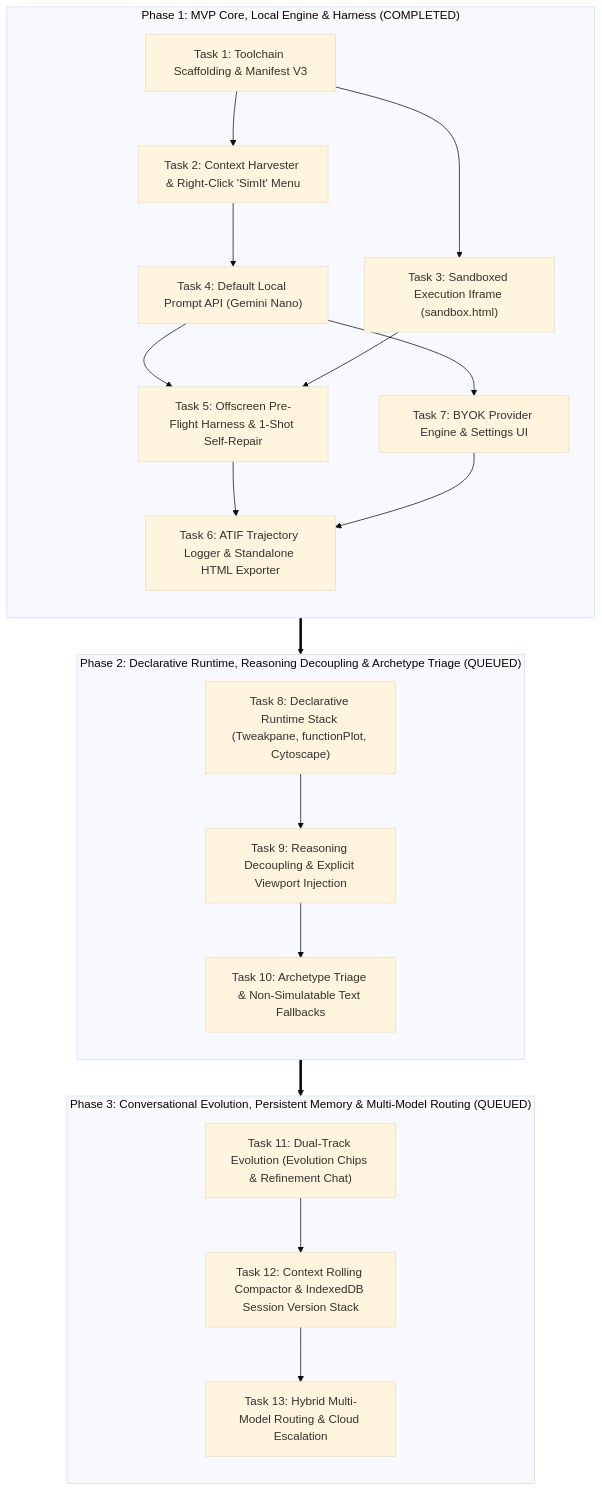
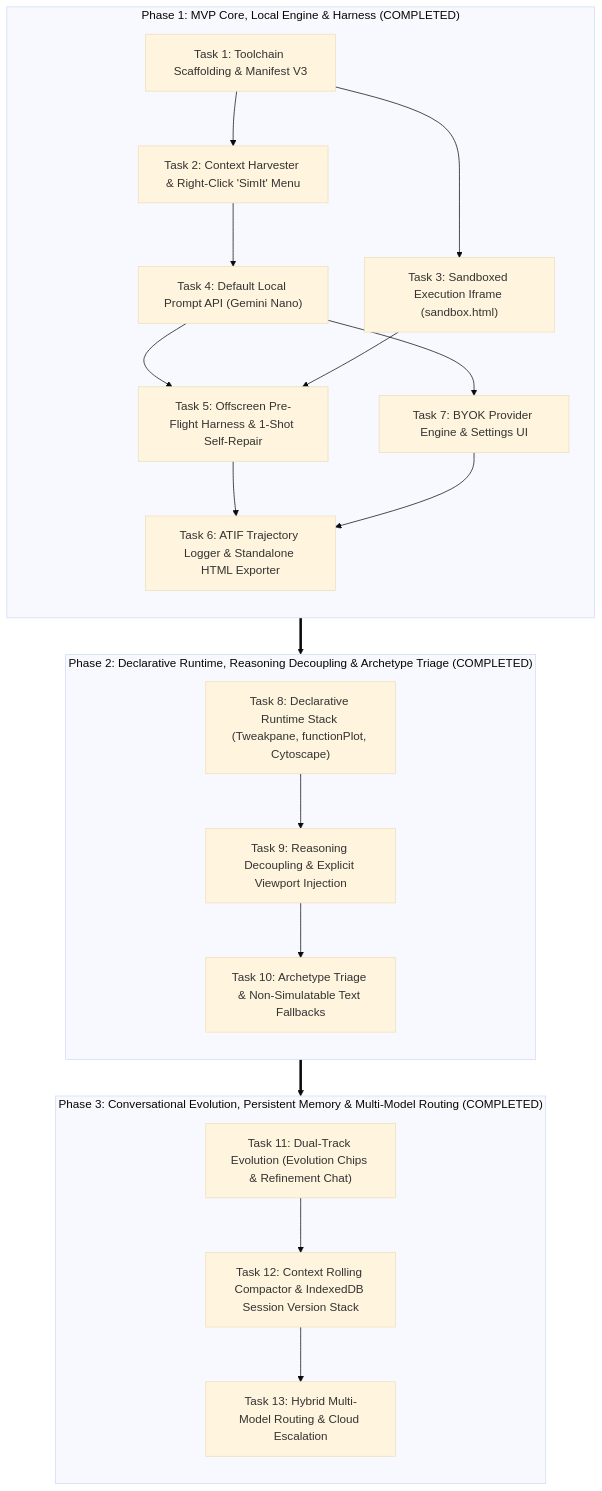
Before and after one commit to vmatrixdev/simit: the diagram in docs/backlog/tasks.md, drawn with Mermaid (base theme). The commit also changed other lines of this file and 39 other files, not shown here.

````diff
--- a/docs/backlog/tasks.md
+++ b/docs/backlog/tasks.md
@@ -11,34 +11,34 @@
 ```mermaid
 flowchart TD
     subgraph P1["Phase 1: MVP Core, Local Engine & Harness (COMPLETED)"]
         direction TB
         T1["Task 1: Toolchain Scaffolding & Manifest V3"]
         T2["Task 2: Context Harvester & Right-Click 'SimIt' Menu"]
         T3["Task 3: Sandboxed Execution Iframe (sandbox.html)"]
         T4["Task 4: Default Local Prompt API (Gemini Nano)"]
         T5["Task 5: Offscreen Pre-Flight Harness & 1-Shot Self-Repair"]
         T6["Task 6: ATIF Trajectory Logger & Standalone HTML Exporter"]
         T7["Task 7: BYOK Provider Engine & Settings UI"]
         T1 --> T2 --> T4 --> T5 --> T6
         T1 --> T3 --> T5
         T4 --> T7 --> T6
     end
 
-    subgraph P2["Phase 2: Declarative Runtime, Reasoning Decoupling & Archetype Triage (QUEUED)"]
+    subgraph P2["Phase 2: Declarative Runtime, Reasoning Decoupling & Archetype Triage (COMPLETED)"]
         direction TB
         T8["Task 8: Declarative Runtime Stack (Tweakpane, functionPlot, Cytoscape)"]
         T9["Task 9: Reasoning Decoupling & Explicit Viewport Injection"]
         T10["Task 10: Archetype Triage & Non-Simulatable Text Fallbacks"]
         T8 --> T9 --> T10
     end
 
-    subgraph P3["Phase 3: Conversational Evolution, Persistent Memory & Multi-Model Routing (QUEUED)"]
+    subgraph P3["Phase 3: Conversational Evolution, Persistent Memory & Multi-Model Routing (COMPLETED)"]
         direction TB
         T11["Task 11: Dual-Track Evolution (Evolution Chips & Refinement Chat)"]
         T12["Task 12: Context Rolling Compactor & IndexedDB Session Version Stack"]
         T13["Task 13: Hybrid Multi-Model Routing & Cloud Escalation"]
         T11 --> T12 --> T13
     end
 
     P1 ==> P2 ==> P3
 ```
````
